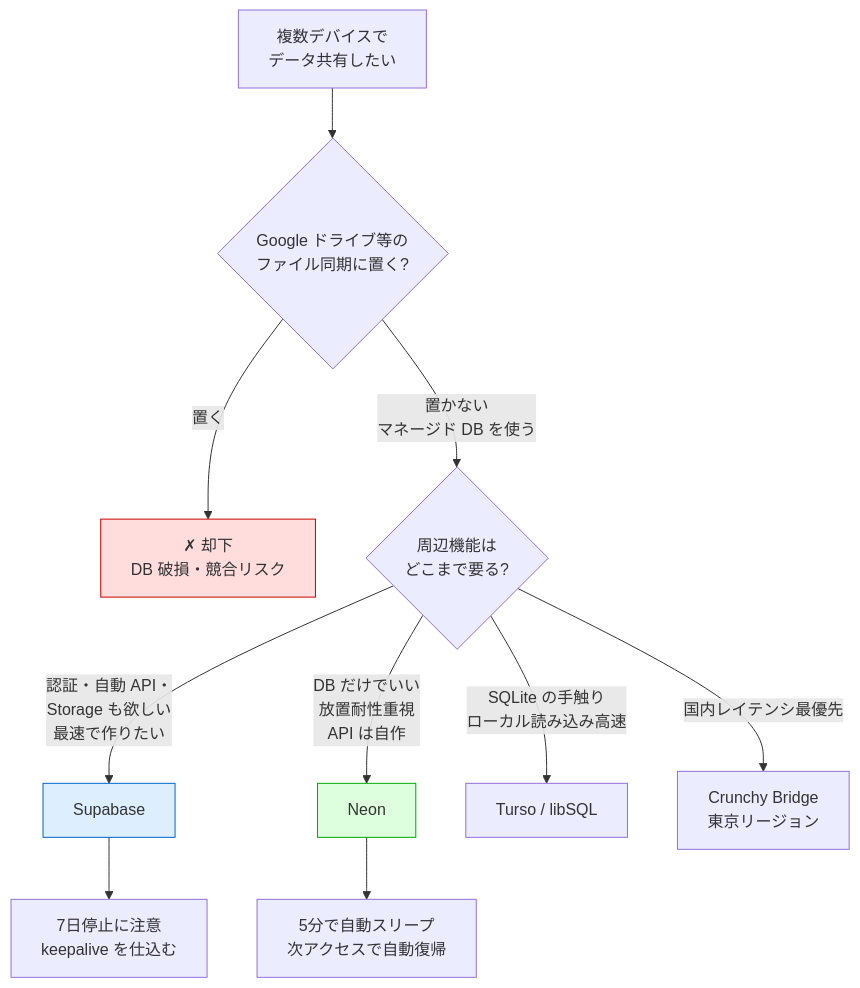
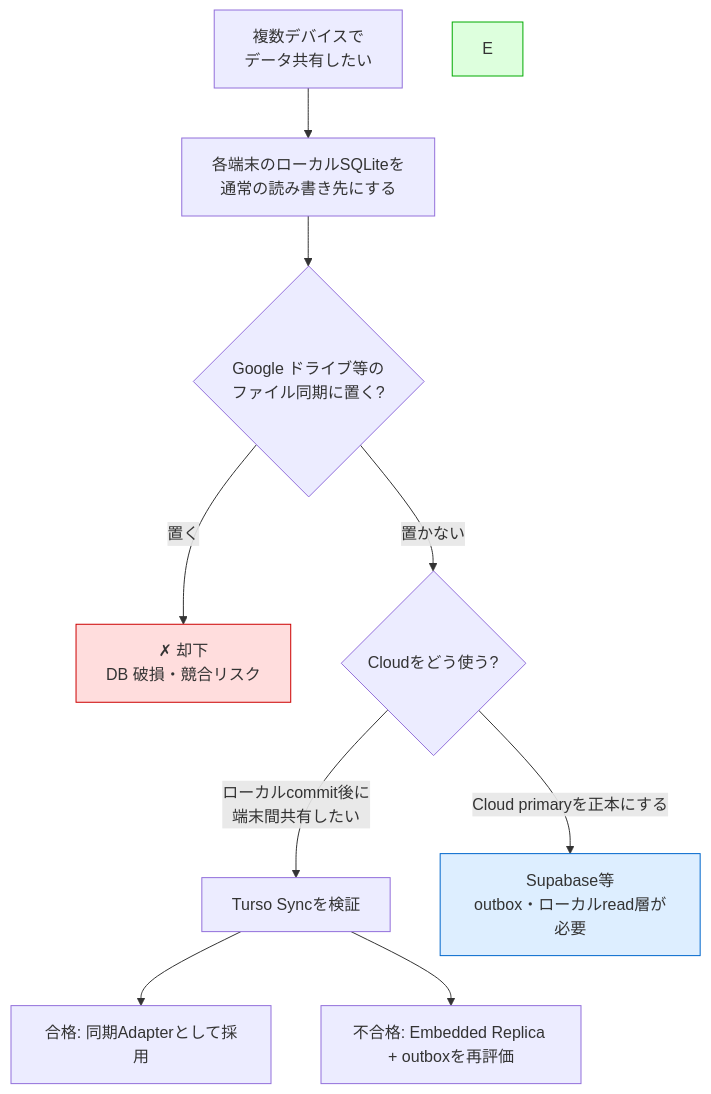
The diagram in database/db-comparison.md (mgmaru/algo-loom), drawn with Mermaid before and after one commit. The commit also changed other lines of this file, not shown here.

````diff
--- a/database/db-comparison.md
+++ b/database/db-comparison.md
@@ -20,18 +22,17 @@
 ```mermaid
 flowchart TD
-    A[複数デバイスで<br/>データ共有したい] --> B{Google ドライブ等の<br/>ファイル同期に置く?}
+    A[複数デバイスで<br/>データ共有したい] --> L[各端末のローカルSQLiteを<br/>通常の読み書き先にする]
+    L --> B{Google ドライブ等の<br/>ファイル同期に置く?}
     B -->|置く| X[✗ 却下<br/>DB 破損・競合リスク]
-    B -->|置かない<br/>マネージド DB を使う| C{周辺機能は<br/>どこまで要る?}
+    B -->|置かない| C{Cloudをどう使う?}
 
-    C -->|認証・自動 API・<br/>Storage も欲しい<br/>最速で作りたい| D[Supabase]
-    C -->|DB だけでいい<br/>放置耐性重視<br/>API は自作| E[Neon]
-    C -->|SQLite の手触り<br/>ローカル読み込み高速| F[Turso / libSQL]
-    C -->|国内レイテンシ最優先| G[Crunchy Bridge<br/>東京リージョン]
+    C -->|ローカルcommit後に<br/>端末間共有したい| F[Turso Syncを検証]
+    C -->|Cloud primaryを正本にする| D[Supabase等<br/>outbox・ローカルread層が必要]
 
-    D --> H[7日停止に注意<br/>keepalive を仕込む]
-    E --> I[5分で自動スリープ<br/>次アクセスで自動復帰]
+    F --> H[合格: 同期Adapterとして採用]
+    F --> I[不合格: Embedded Replica + outboxを再評価]
 
     style X fill:#fdd,stroke:#c00
     style D fill:#def,stroke:#06c
     style E fill:#dfd,stroke:#0a0
 ```
````
